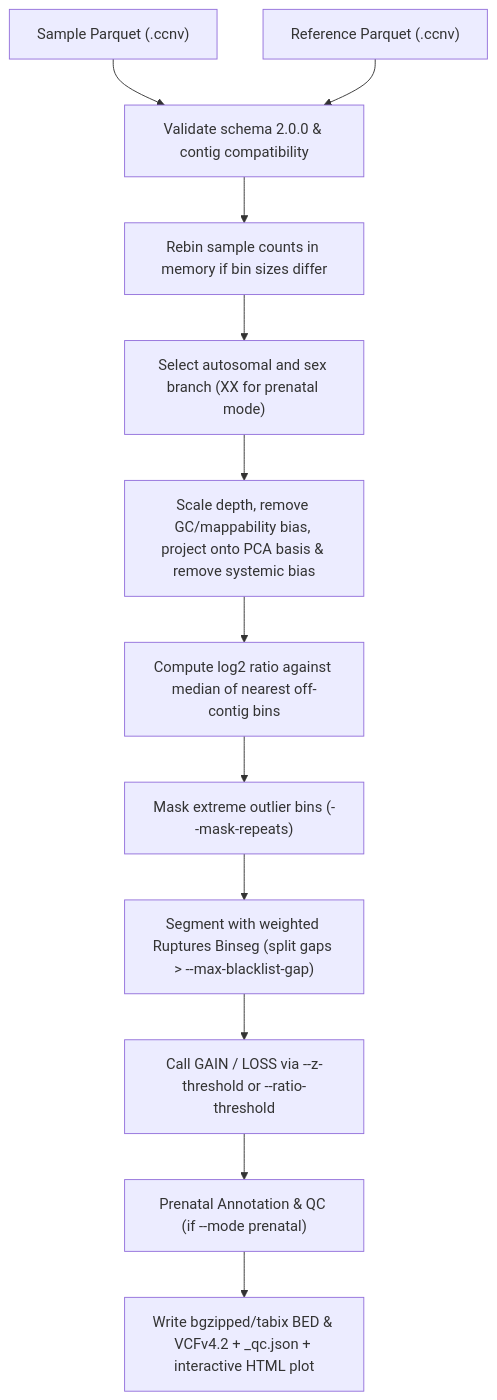
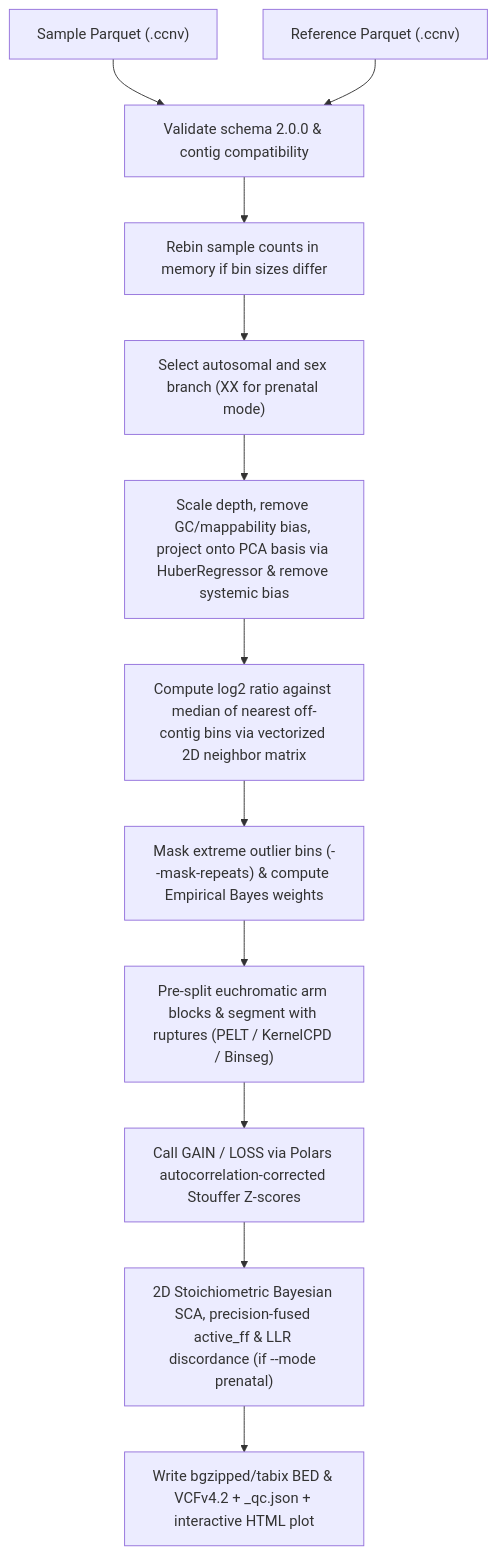
One commit to matthdsm/ccnv changed the fourth of 4 diagrams in docs/pipeline.md. Above: the diagram before and after it, drawn with Mermaid. The commit also changed other lines of this file and 9 other files, not shown here.

````diff
--- a/docs/pipeline.md
+++ b/docs/pipeline.md
@@ -94,14 +94,14 @@
 ```mermaid
 flowchart TD
     InSample["Sample Parquet (<sample>.ccnv)"] --> LoadCompat["Validate schema 2.0.0 & contig compatibility"]
     InRef["Reference Parquet (<reference>.ccnv)"] --> LoadCompat
     LoadCompat --> RebinCheck["Rebin sample counts in memory if bin sizes differ"]
     RebinCheck --> BranchSelect["Select autosomal and sex branch (XX for prenatal mode)"]
-    BranchSelect --> ProjectPCA["Scale depth, remove GC/mappability bias, project onto PCA basis & remove systemic bias"]
-    ProjectPCA --> MatchNearest["Compute log2 ratio against median of nearest off-contig bins"]
-    MatchNearest --> IterativeMask["Mask extreme outlier bins (--mask-repeats)"]
-    IterativeMask --> SegEngine["Segment with weighted Ruptures Binseg (split gaps > --max-blacklist-gap)"]
-    SegEngine --> CallEvents["Call GAIN / LOSS via --z-threshold or --ratio-threshold"]
-    CallEvents --> PrenatalAnnot["Prenatal Annotation & QC (if --mode prenatal)"]
+    BranchSelect --> ProjectPCA["Scale depth, remove GC/mappability bias, project onto PCA basis via HuberRegressor & remove systemic bias"]
+    ProjectPCA --> MatchNearest["Compute log2 ratio against median of nearest off-contig bins via vectorized 2D neighbor matrix"]
+    MatchNearest --> IterativeMask["Mask extreme outlier bins (--mask-repeats) & compute Empirical Bayes weights"]
+    IterativeMask --> SegEngine["Pre-split euchromatic arm blocks & segment with ruptures (PELT / KernelCPD / Binseg)"]
+    SegEngine --> CallEvents["Call GAIN / LOSS via Polars autocorrelation-corrected Stouffer Z-scores"]
+    CallEvents --> PrenatalAnnot["2D Stoichiometric Bayesian SCA, precision-fused active_ff & LLR discordance (if --mode prenatal)"]
     PrenatalAnnot --> Outputs["Write bgzipped/tabix BED & VCFv4.2 + _qc.json + interactive HTML plot"]
 ```
````
